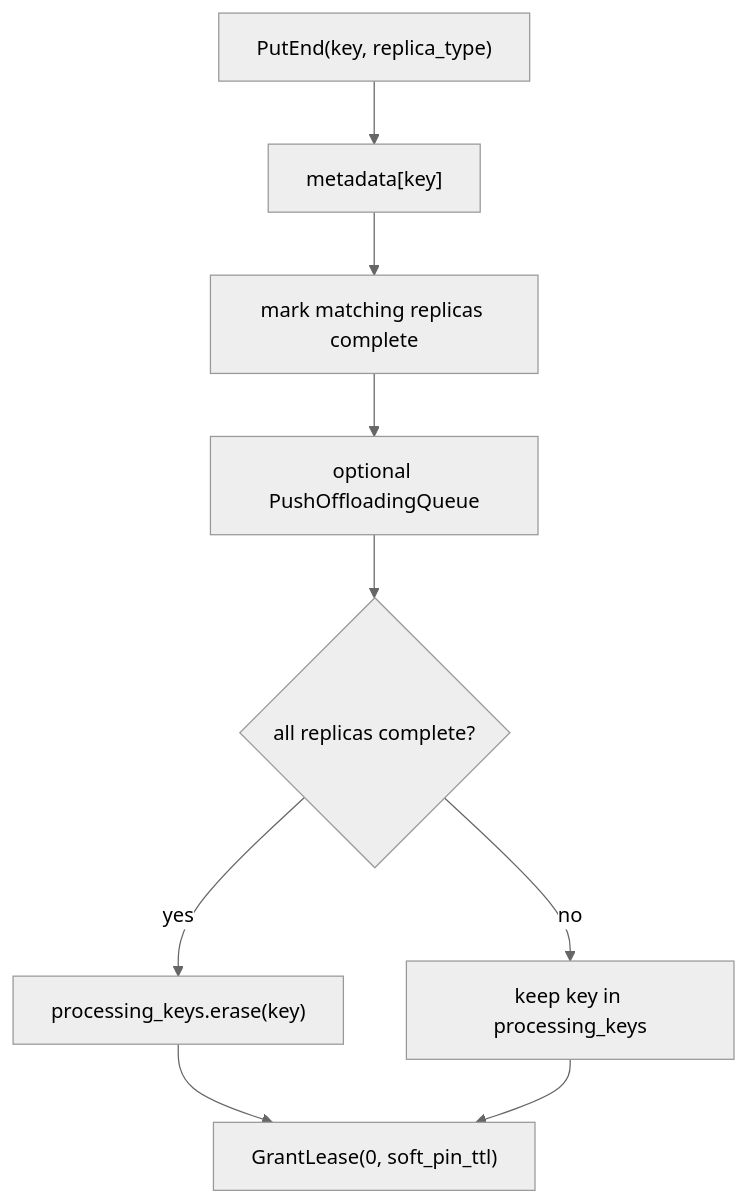
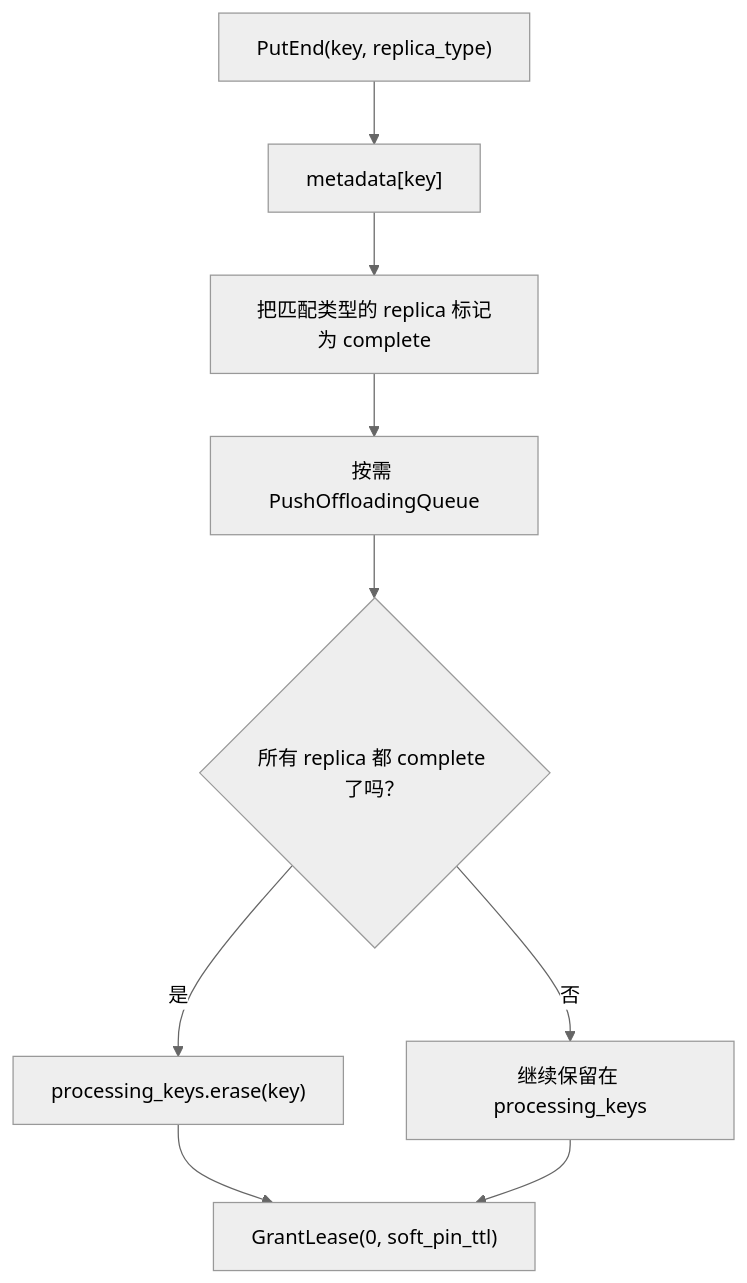
The fifth of 7 diagrams in docs/mooncake-masterservice-structures.md (bigboywwn/AI_coding), drawn with Mermaid (neutral theme) before and after one commit. The commit also changed other lines of this file and 3 other files, not shown here.

````diff
--- a/docs/mooncake-masterservice-structures.md
+++ b/docs/mooncake-masterservice-structures.md
@@ -253,11 +256,11 @@
 ```mermaid
 flowchart TD
   A["PutEnd(key, replica_type)"] --> B["metadata[key]"]
-  B --> C["mark matching replicas complete"]
-  C --> D["optional PushOffloadingQueue"]
-  D --> E{"all replicas complete?"}
-  E -->|yes| F["processing_keys.erase(key)"]
-  E -->|no| G["keep key in processing_keys"]
+  B --> C["把匹配类型的 replica 标记为 complete"]
+  C --> D["按需 PushOffloadingQueue"]
+  D --> E{"所有 replica 都 complete 了吗？"}
+  E -->|是| F["processing_keys.erase(key)"]
+  E -->|否| G["继续保留在 processing_keys"]
   F --> H["GrantLease(0, soft_pin_ttl)"]
   G --> H
 ```
````
